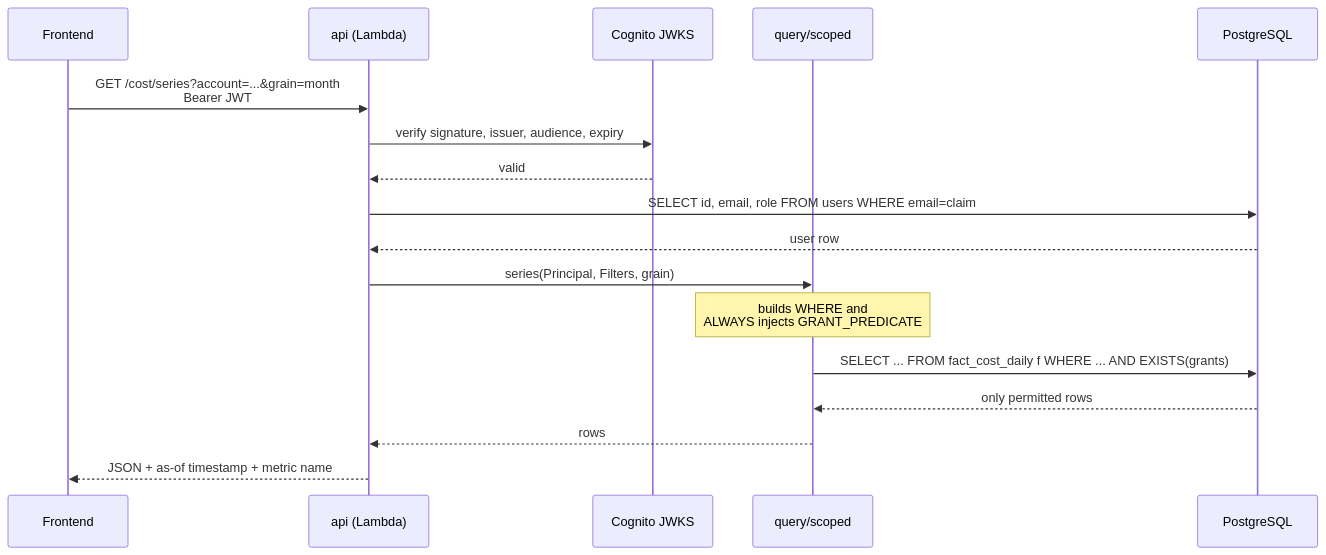
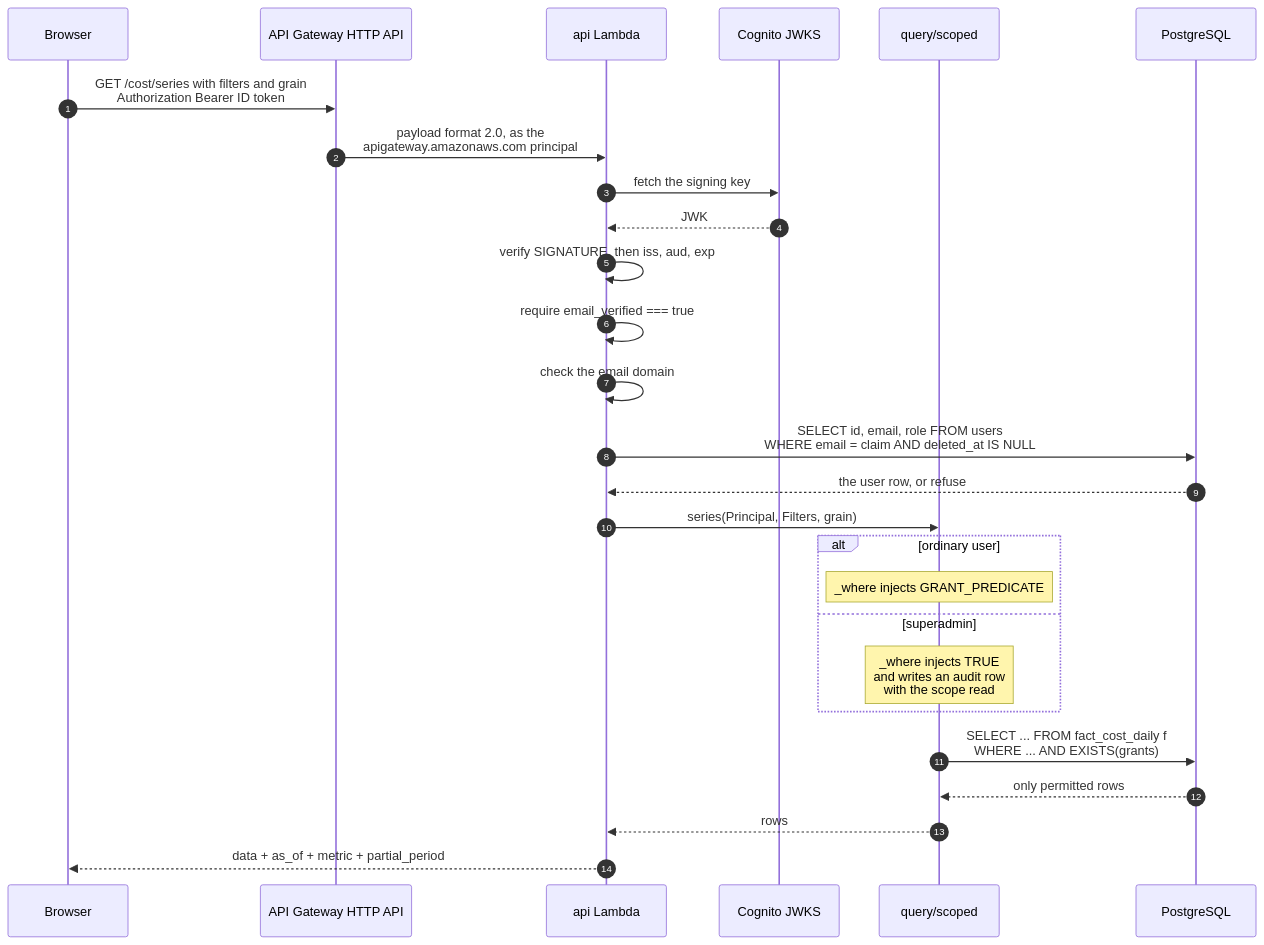
One commit to Hemanth0411/Cloud_Cost_Intelligence_Hub changed the second of 5 diagrams in docs/04-data-flow.md. Above: the diagram before and after it, drawn with Mermaid. The commit also changed other lines of this file and 15 other files, not shown here.

````diff
--- a/docs/04-data-flow.md
+++ b/docs/04-data-flow.md
@@ -62,20 +87,30 @@
 ```mermaid
 sequenceDiagram
-    participant FE as Frontend
-    participant API as api (Lambda)
-    participant COG as Cognito JWKS
+    autonumber
+    participant FE as Browser
+    participant AGW as API Gateway HTTP API
+    participant API as api Lambda
+    participant JWKS as Cognito JWKS
     participant Q as query/scoped
     participant PG as PostgreSQL
 
-    FE->>API: GET /cost/series?account=...&grain=month<br/>Bearer JWT
-    API->>COG: verify signature, issuer, audience, expiry
-    COG-->>API: valid
-    API->>PG: SELECT id, email, role FROM users WHERE email=claim
-    PG-->>API: user row
+    FE->>AGW: GET /cost/series with filters and grain<br/>Authorization Bearer ID token
+    AGW->>API: payload format 2.0, as the<br/>apigateway.amazonaws.com principal
+    API->>JWKS: fetch the signing key
+    JWKS-->>API: JWK
+    API->>API: verify SIGNATURE, then iss, aud, exp
+    API->>API: require email_verified === true
+    API->>API: check the email domain
+    API->>PG: SELECT id, email, role FROM users<br/>WHERE email = claim AND deleted_at IS NULL
+    PG-->>API: the user row, or refuse
     API->>Q: series(Principal, Filters, grain)
-    Note over Q: builds WHERE and<br/>ALWAYS injects GRANT_PREDICATE
-    Q->>PG: SELECT ... FROM fact_cost_daily f WHERE ... AND EXISTS(grants)
+    alt ordinary user
+        Note over Q: _where injects GRANT_PREDICATE
+    else superadmin
+        Note over Q: _where injects TRUE<br/>and writes an audit row<br/>with the scope read
+    end
+    Q->>PG: SELECT ... FROM fact_cost_daily f<br/>WHERE ... AND EXISTS(grants)
     PG-->>Q: only permitted rows
     Q-->>API: rows
-    API-->>FE: JSON + as-of timestamp + metric name
+    API-->>FE: data + as_of + metric + partial_period
 ```
````
